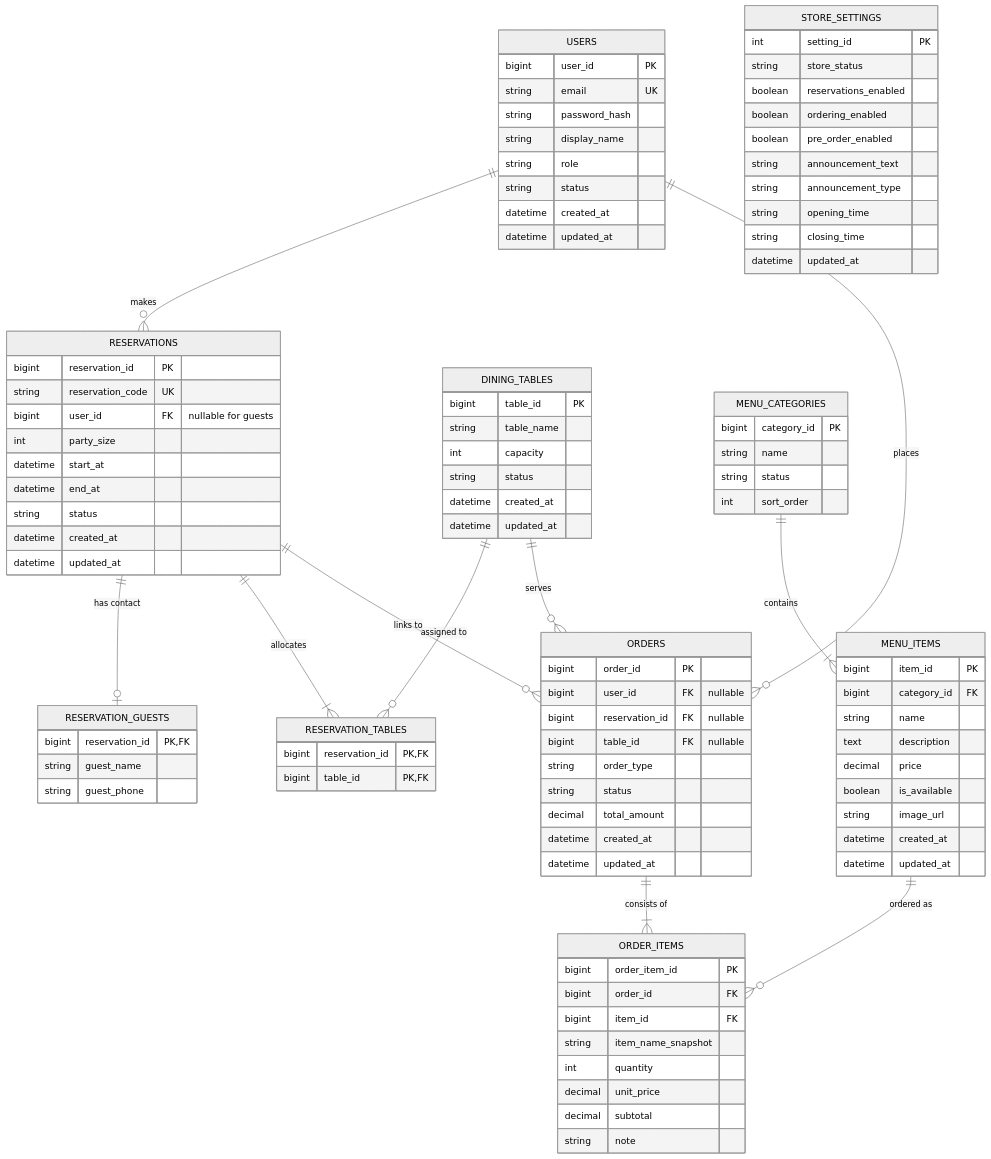
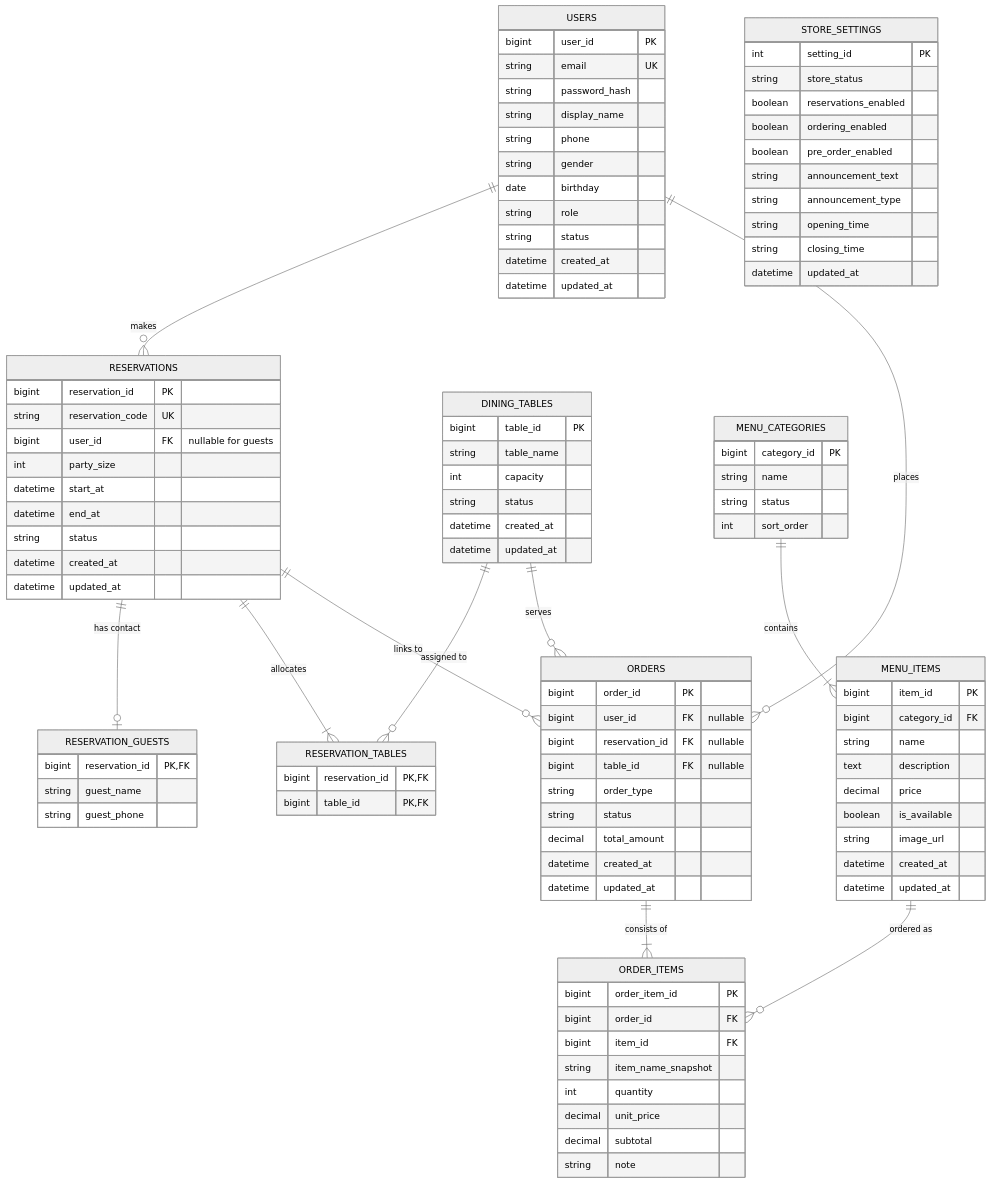
The diagram in docs/database/er-diagram.md (bingchiwang/restaurant-reservation-system), drawn with Mermaid (neutral theme) before and after one commit. The commit also changed 15 other files, not shown here.

Commit message:
feat(REQ-011): require phone, gender and birthday for member registration

```diff
--- a/docs/database/er-diagram.md
+++ b/docs/database/er-diagram.md
@@ -22,6 +22,9 @@
         string email UK
         string password_hash
         string display_name
+        string phone
+        string gender
+        date birthday
         string role
         string status
         datetime created_at
```
